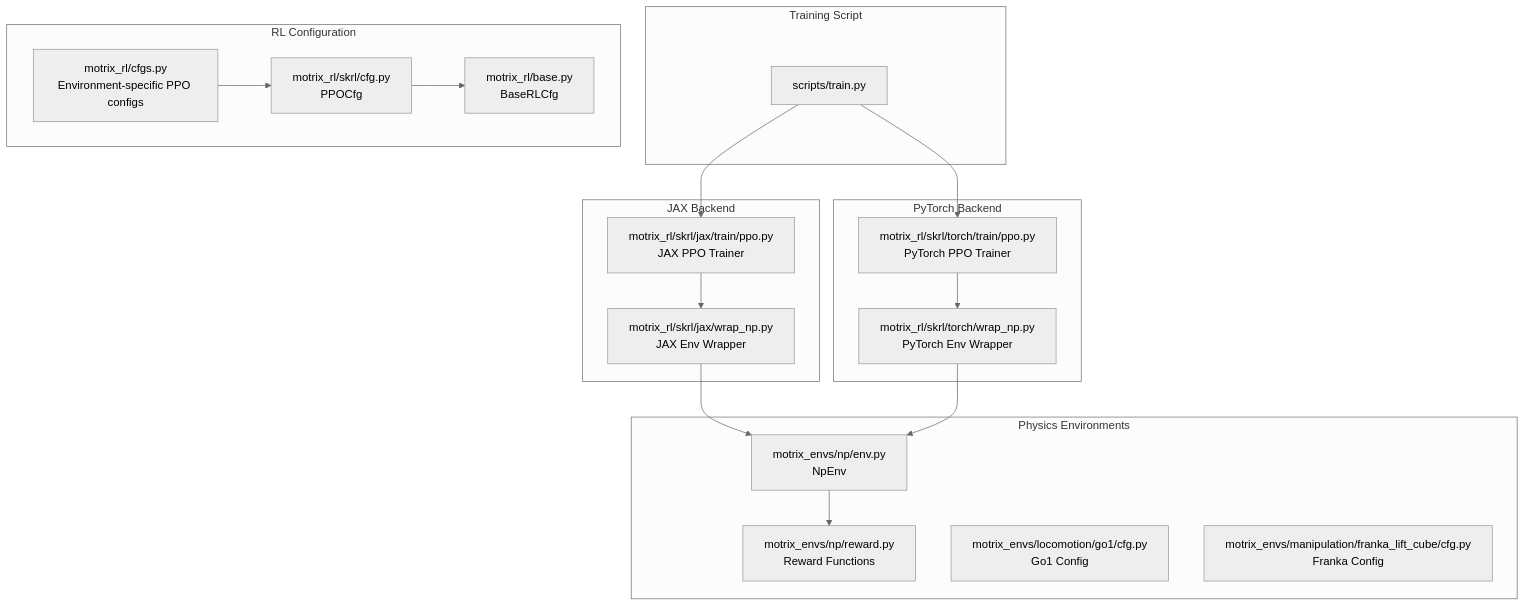
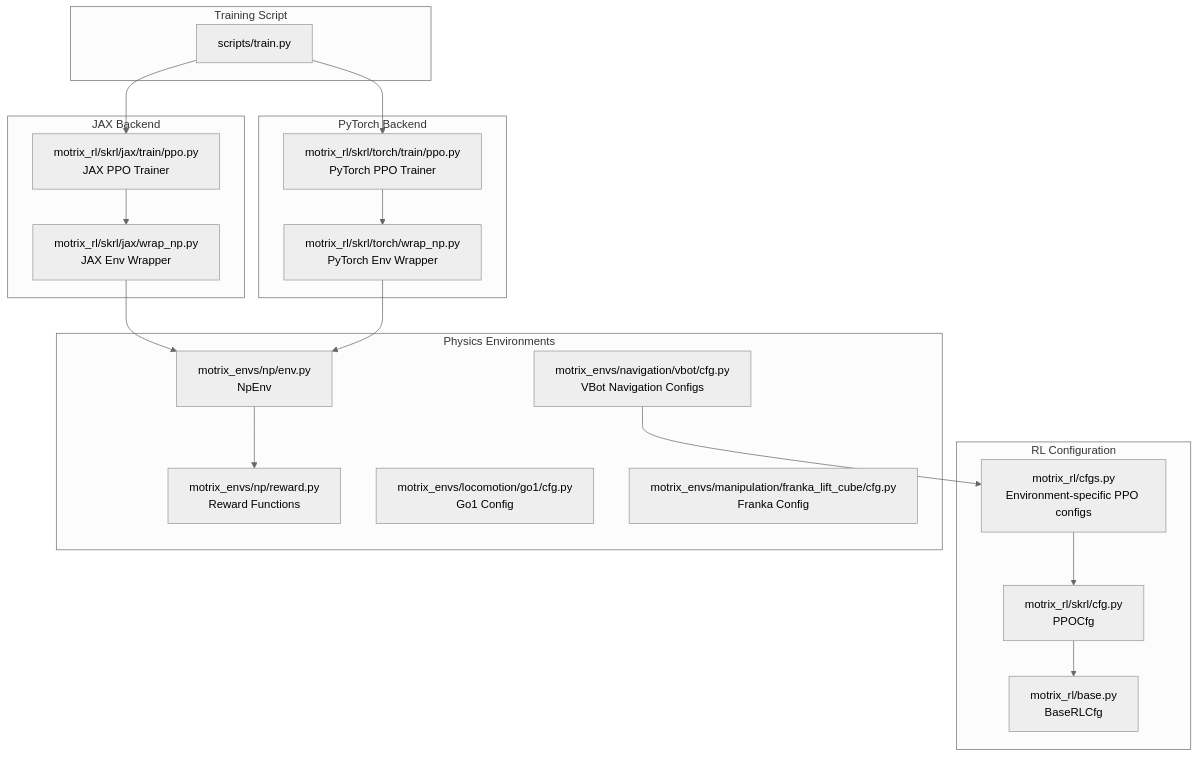
Before and after one commit to jayjayhust/MotrixLab: the first of 6 diagrams in .qoder/repowiki/en/content/Training Framework Integration/PPO Training Implementation.md, drawn with Mermaid (neutral theme). The commit also changed other lines of this file and 15 other files, not shown here.

````diff
--- a/.qoder/repowiki/en/content/Training Framework Integration/PPO Training Implementation.md
+++ b/.qoder/repowiki/en/content/Training Framework Integration/PPO Training Implementation.md
@@ -41,34 +52,36 @@
 ```mermaid
 graph TB
 subgraph "Training Script"
 T["scripts/train.py"]
 end
 subgraph "RL Configuration"
 BC["motrix_rl/base.py<br/>BaseRLCfg"]
 PC["motrix_rl/skrl/cfg.py<br/>PPOCfg"]
 GC["motrix_rl/cfgs.py<br/>Environment-specific PPO configs"]
 end
 subgraph "JAX Backend"
 JP["motrix_rl/skrl/jax/train/ppo.py<br/>JAX PPO Trainer"]
 JW["motrix_rl/skrl/jax/wrap_np.py<br/>JAX Env Wrapper"]
 end
 subgraph "PyTorch Backend"
 TP["motrix_rl/skrl/torch/train/ppo.py<br/>PyTorch PPO Trainer"]
 TW["motrix_rl/skrl/torch/wrap_np.py<br/>PyTorch Env Wrapper"]
 end
 subgraph "Physics Environments"
 NE["motrix_envs/np/env.py<br/>NpEnv"]
 RC["motrix_envs/np/reward.py<br/>Reward Functions"]
 EC1["motrix_envs/locomotion/go1/cfg.py<br/>Go1 Config"]
 EC2["motrix_envs/manipulation/franka_lift_cube/cfg.py<br/>Franka Config"]
+EC3["motrix_envs/navigation/vbot/cfg.py<br/>VBot Navigation Configs"]
 end
 T --> JP
 T --> TP
 JP --> JW
 TP --> TW
 JW --> NE
 TW --> NE
 NE --> RC
 GC --> PC
 PC --> BC
+EC3 --> GC
 ```
````
